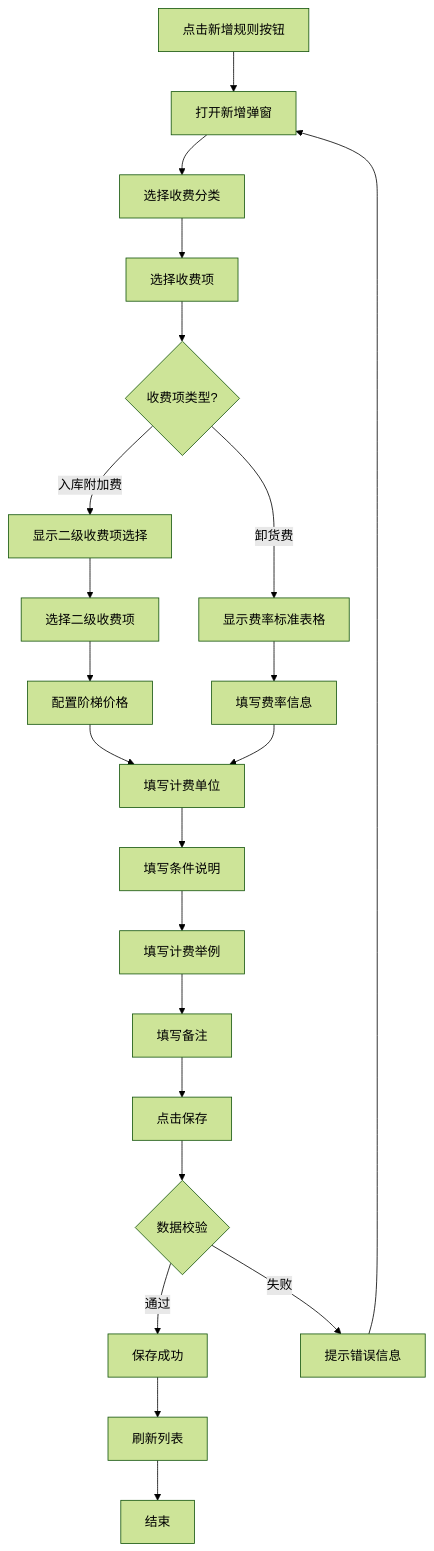
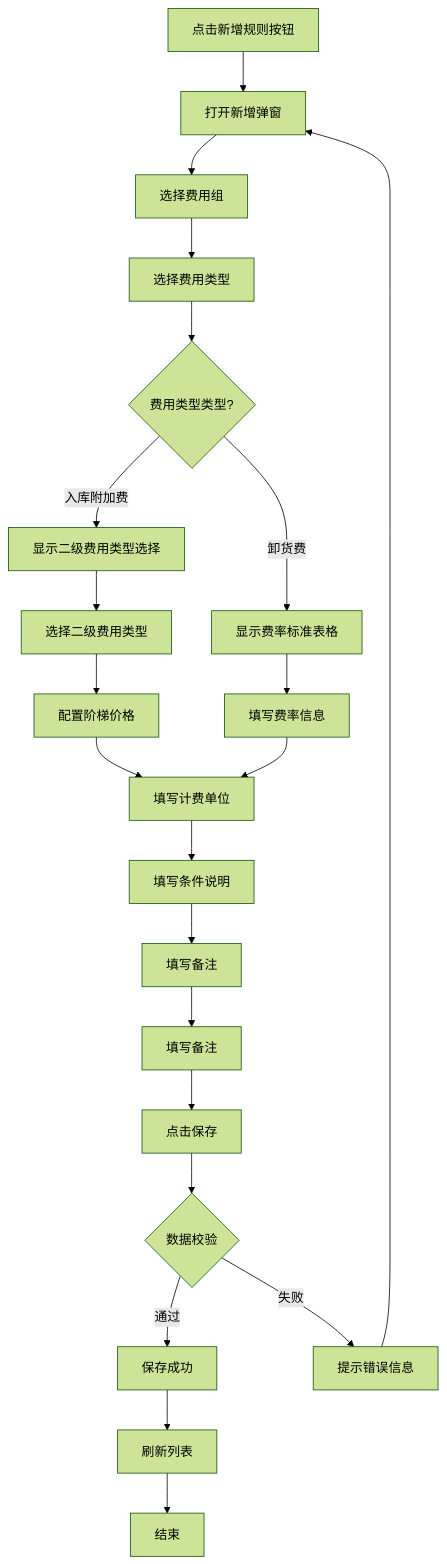
Before and after one commit to 1191232345/Axure_ELSA: the second of 3 diagrams in 费用管理/入库费规则/prd.md, drawn with Mermaid (forest theme). The commit also changed other lines of this file and 39 other files, not shown here.

````diff
--- a/费用管理/入库费规则/prd.md
+++ b/费用管理/入库费规则/prd.md
@@ -81,24 +81,24 @@
 ```mermaid
 graph TD
     A["点击新增规则按钮"] --> B["打开新增弹窗"]
-    B --> C["选择收费分类"]
-    C --> D["选择收费项"]
-    D --> E{"收费项类型?"}
+    B --> C["选择费用组"]
+    C --> D["选择费用类型"]
+    D --> E{"费用类型类型?"}
     E -->|"卸货费"| F["显示费率标准表格"]
-    E -->|"入库附加费"| G["显示二级收费项选择"]
-    G --> H["选择二级收费项"]
+    E -->|"入库附加费"| G["显示二级费用类型选择"]
+    G --> H["选择二级费用类型"]
     H --> I["配置阶梯价格"]
     F --> J["填写费率信息"]
     I --> K["填写计费单位"]
     J --> K
     K --> L["填写条件说明"]
-    L --> M["填写计费举例"]
+    L --> M["填写备注"]
     M --> N["填写备注"]
     N --> O["点击保存"]
     O --> P{"数据校验"}
     P -->|"通过"| Q["保存成功"]
     P -->|"失败"| R["提示错误信息"]
     R --> B
     Q --> S["刷新列表"]
     S --> T["结束"]
 ```
````
